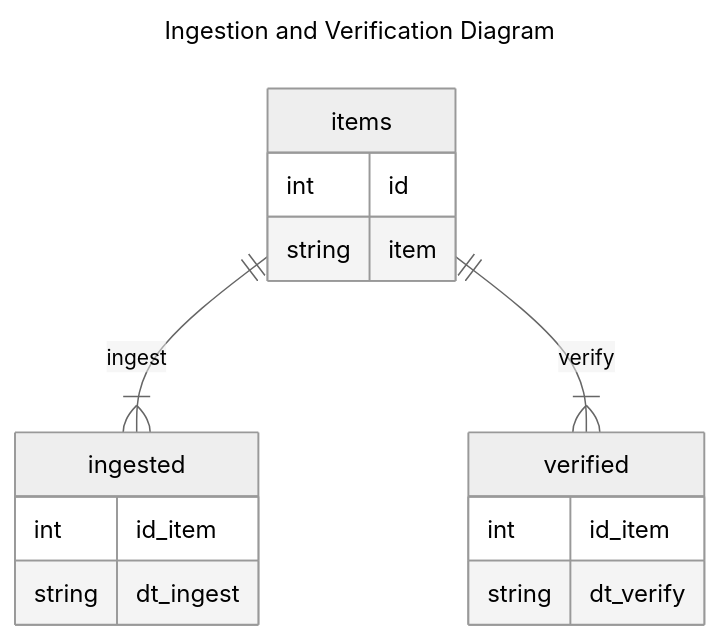
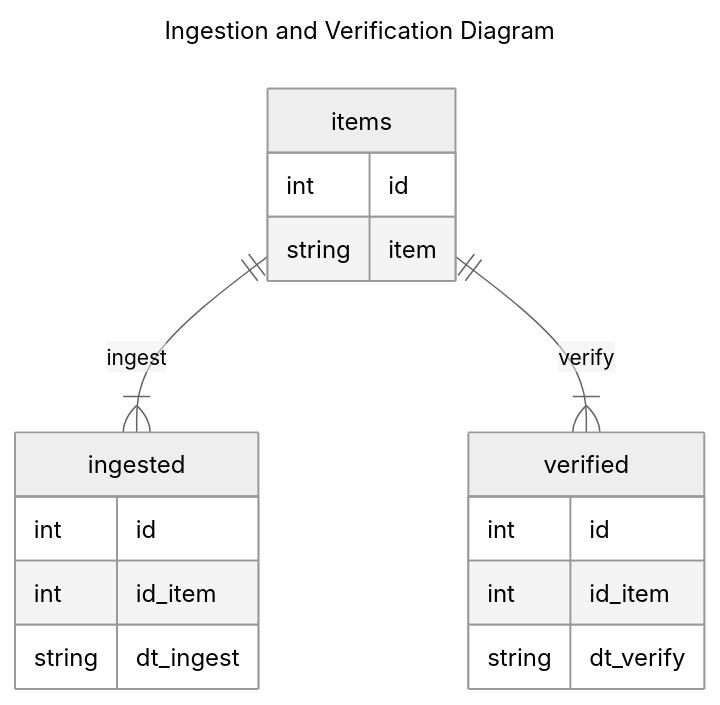
One commit to kaust-library-systems/r2pdb changed the diagram in README.md. Above: the diagram before and after it, drawn with Mermaid (neutral theme). The commit also changed 2 other files, not shown here.

Commit message:
Checking if item exists

````diff
--- a/README.md
+++ b/README.md
@@ -7,20 +7,22 @@
 ```mermaid
 --- 
 title: Ingestion and Verification Diagram
 ---
 erDiagram
     items ||--|{ ingested : ingest
     items {
         int id
         string item
     }
     ingested {
+        int id
         int id_item
         string dt_ingest
     }
     items ||--|{ verified: verify
     verified {
+        int id
         int id_item
         string dt_verify
     }
 ```
````
